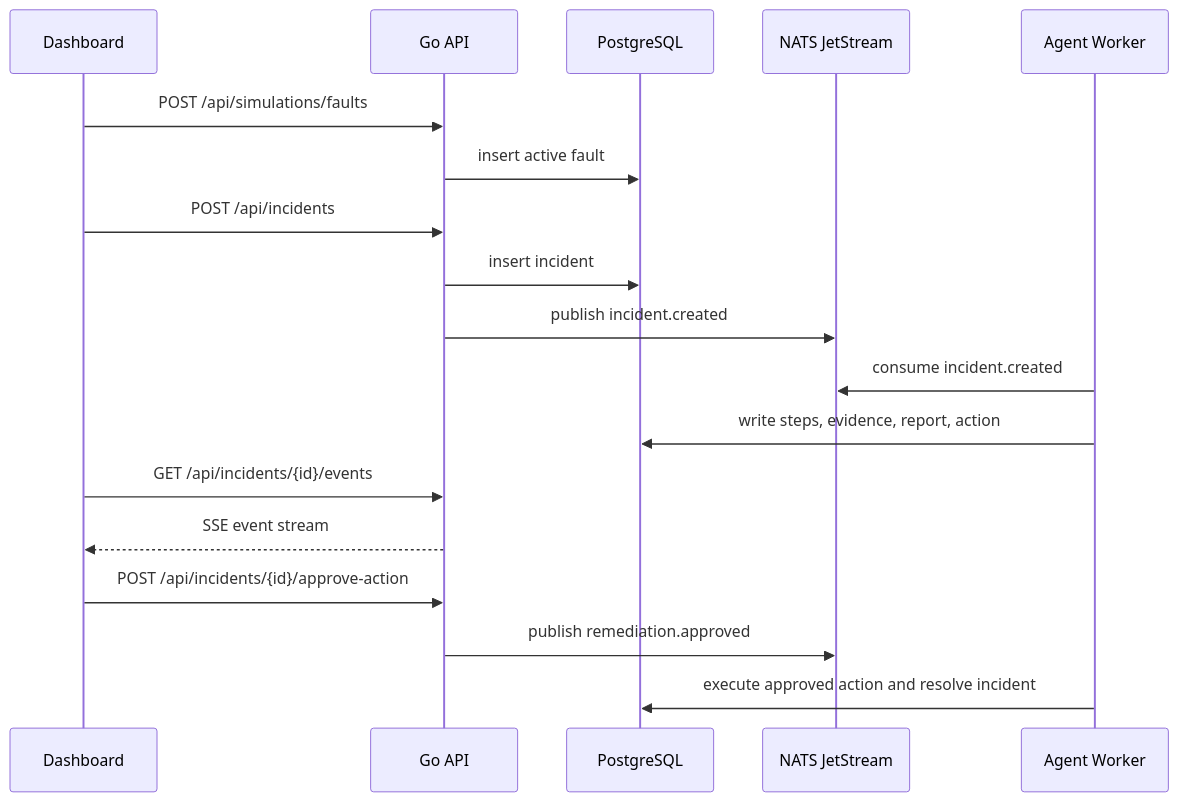
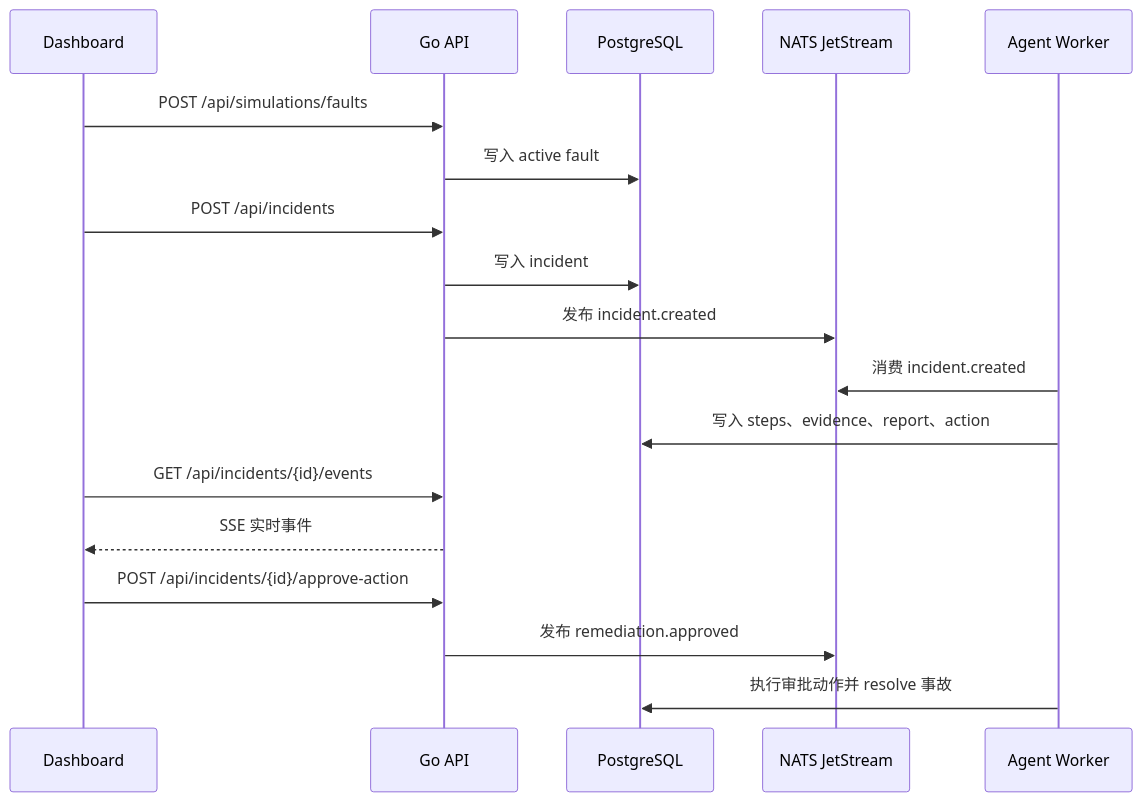
Before and after one commit to 1747687484-collab/incidentpilot: the second of 2 diagrams in docs/architecture.md, drawn with Mermaid. The commit also changed other lines of this file and 11 other files, not shown here.

````diff
--- a/docs/architecture.md
+++ b/docs/architecture.md
@@ -93,21 +93,21 @@
 ```mermaid
 sequenceDiagram
   participant UI as Dashboard
   participant API as Go API
   participant DB as PostgreSQL
   participant Q as NATS JetStream
   participant W as Agent Worker
 
   UI->>API: POST /api/simulations/faults
-  API->>DB: insert active fault
+  API->>DB: 写入 active fault
   UI->>API: POST /api/incidents
-  API->>DB: insert incident
-  API->>Q: publish incident.created
-  W->>Q: consume incident.created
-  W->>DB: write steps, evidence, report, action
+  API->>DB: 写入 incident
+  API->>Q: 发布 incident.created
+  W->>Q: 消费 incident.created
+  W->>DB: 写入 steps、evidence、report、action
   UI->>API: GET /api/incidents/{id}/events
-  API-->>UI: SSE event stream
+  API-->>UI: SSE 实时事件
   UI->>API: POST /api/incidents/{id}/approve-action
-  API->>Q: publish remediation.approved
-  W->>DB: execute approved action and resolve incident
+  API->>Q: 发布 remediation.approved
+  W->>DB: 执行审批动作并 resolve 事故
 ```
````
